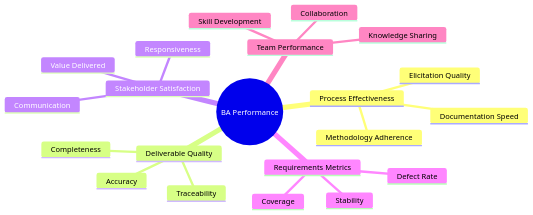
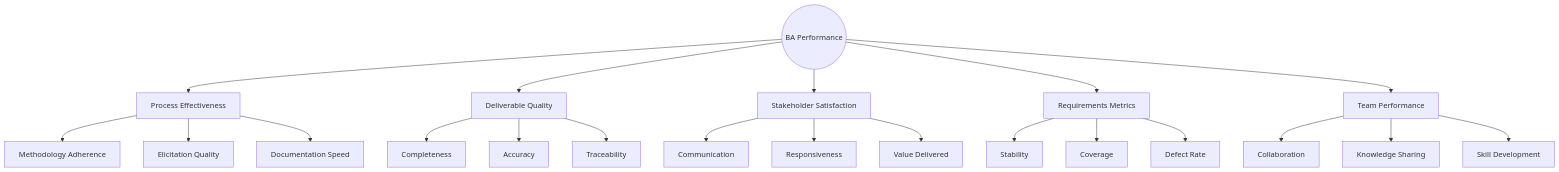
Before and after one commit to oat431/swe-knowledge: the diagram in document-template/01_Business_Analysis_and_strategy/BA-Performance-Assessment.md, drawn with Mermaid. The commit also changed 56 other files, not shown here.

````diff
--- a/document-template/01_Business_Analysis_and_strategy/BA-Performance-Assessment.md
+++ b/document-template/01_Business_Analysis_and_strategy/BA-Performance-Assessment.md
@@ -96,24 +96,44 @@
 ```mermaid
-mindmap
-  root((BA Performance))
-    Process Effectiveness
-      Methodology Adherence
-      Elicitation Quality
-      Documentation Speed
-    Deliverable Quality
-      Completeness
-      Accuracy
-      Traceability
-    Stakeholder Satisfaction
-      Communication
-      Responsiveness
-      Value Delivered
-    Requirements Metrics
-      Stability
-      Coverage
-      Defect Rate
-    Team Performance
-      Collaboration
-      Knowledge Sharing
-      Skill Development
+flowchart TB
+    R(("BA Performance"))
+    n1["Process Effectiveness"]
+    R --> n1
+    n2["Methodology Adherence"]
+    n1 --> n2
+    n3["Elicitation Quality"]
+    n1 --> n3
+    n4["Documentation Speed"]
+    n1 --> n4
+    n5["Deliverable Quality"]
+    R --> n5
+    n6["Completeness"]
+    n5 --> n6
+    n7["Accuracy"]
+    n5 --> n7
+    n8["Traceability"]
+    n5 --> n8
+    n9["Stakeholder Satisfaction"]
+    R --> n9
+    n10["Communication"]
+    n9 --> n10
+    n11["Responsiveness"]
+    n9 --> n11
+    n12["Value Delivered"]
+    n9 --> n12
+    n13["Requirements Metrics"]
+    R --> n13
+    n14["Stability"]
+    n13 --> n14
+    n15["Coverage"]
+    n13 --> n15
+    n16["Defect Rate"]
+    n13 --> n16
+    n17["Team Performance"]
+    R --> n17
+    n18["Collaboration"]
+    n17 --> n18
+    n19["Knowledge Sharing"]
+    n17 --> n19
+    n20["Skill Development"]
+    n17 --> n20
 ```
````
